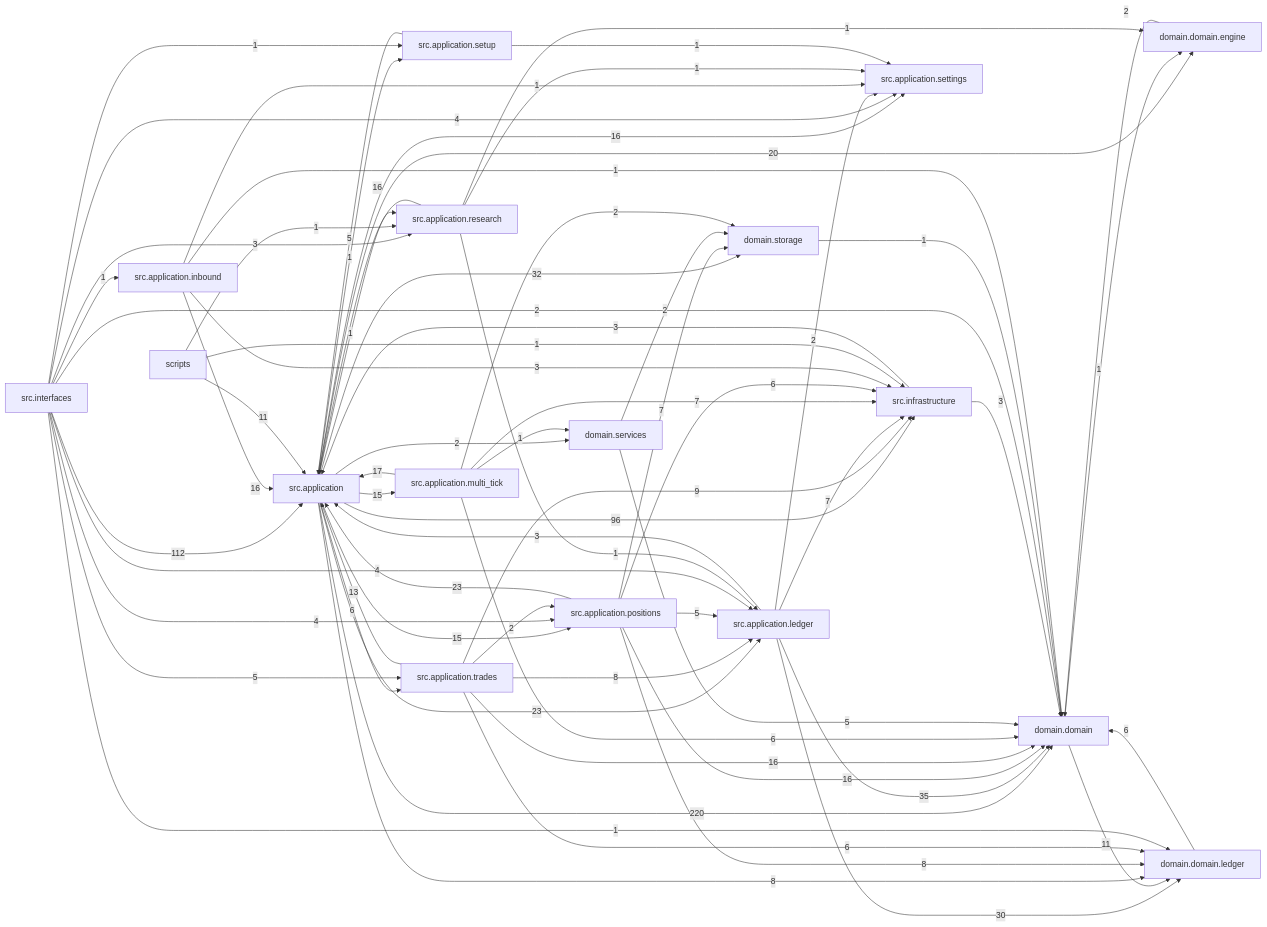
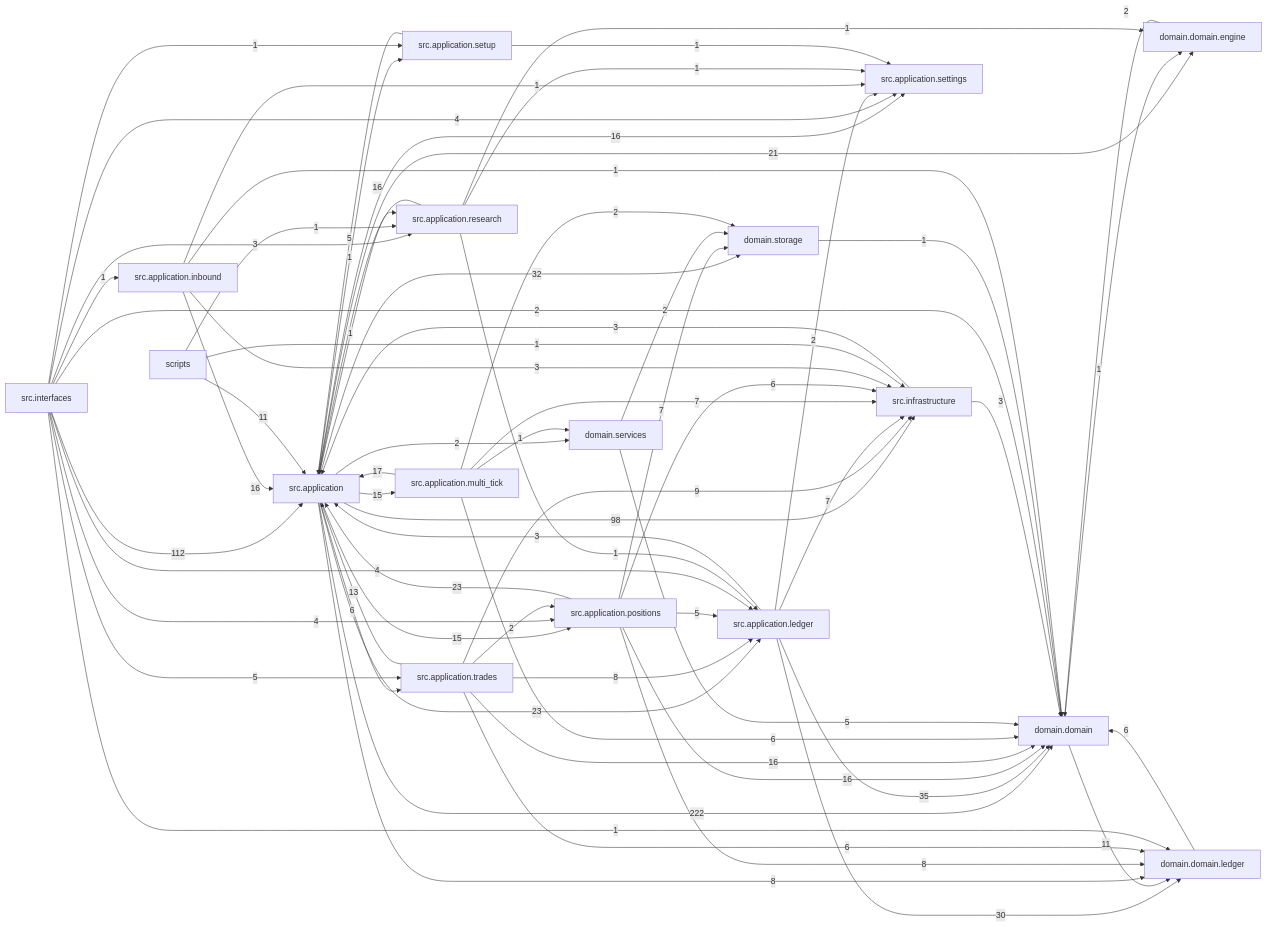
Before and after one commit to liuxie066/options-monitor: the diagram in docs/dependency_graph.mmd, drawn with Mermaid. The commit also changed 40 other files, not shown here.

```diff
--- a/docs/dependency_graph.mmd
+++ b/docs/dependency_graph.mmd
@@ -1,68 +1,68 @@
 flowchart LR
-  src_application["src.application"] -->|220| domain_domain["domain.domain"]
+  src_application["src.application"] -->|222| domain_domain["domain.domain"]
   src_interfaces["src.interfaces"] -->|112| src_application["src.application"]
-  src_application["src.application"] -->|96| src_infrastructure["src.infrastructure"]
+  src_application["src.application"] -->|98| src_infrastructure["src.infrastructure"]
   src_application_ledger["src.application.ledger"] -->|35| domain_domain["domain.domain"]
   src_application["src.application"] -->|32| domain_storage["domain.storage"]
   src_application_ledger["src.application.ledger"] -->|30| domain_domain_ledger["domain.domain.ledger"]
   src_application["src.application"] -->|23| src_application_ledger["src.application.ledger"]
   src_application_positions["src.application.positions"] -->|23| src_application["src.application"]
-  src_application["src.application"] -->|20| domain_domain_engine["domain.domain.engine"]
+  src_application["src.application"] -->|21| domain_domain_engine["domain.domain.engine"]
   src_application_multi_tick["src.application.multi_tick"] -->|17| src_application["src.application"]
   src_application["src.application"] -->|16| src_application_settings["src.application.settings"]
   src_application_inbound["src.application.inbound"] -->|16| src_application["src.application"]
   src_application_positions["src.application.positions"] -->|16| domain_domain["domain.domain"]
   src_application_research["src.application.research"] -->|16| src_application["src.application"]
   src_application_trades["src.application.trades"] -->|16| domain_domain["domain.domain"]
   src_application["src.application"] -->|15| src_application_multi_tick["src.application.multi_tick"]
   src_application["src.application"] -->|15| src_application_positions["src.application.positions"]
   src_application_trades["src.application.trades"] -->|13| src_application["src.application"]
   domain_domain["domain.domain"] -->|11| domain_domain_ledger["domain.domain.ledger"]
   scripts["scripts"] -->|11| src_application["src.application"]
   src_application_trades["src.application.trades"] -->|9| src_infrastructure["src.infrastructure"]
   src_application["src.application"] -->|8| domain_domain_ledger["domain.domain.ledger"]
   src_application_positions["src.application.positions"] -->|8| domain_domain_ledger["domain.domain.ledger"]
   src_application_trades["src.application.trades"] -->|8| src_application_ledger["src.application.ledger"]
   src_application_ledger["src.application.ledger"] -->|7| src_infrastructure["src.infrastructure"]
   src_application_multi_tick["src.application.multi_tick"] -->|7| src_infrastructure["src.infrastructure"]
   src_application_positions["src.application.positions"] -->|7| domain_storage["domain.storage"]
   domain_domain_ledger["domain.domain.ledger"] -->|6| domain_domain["domain.domain"]
   src_application["src.application"] -->|6| src_application_trades["src.application.trades"]
   src_application_multi_tick["src.application.multi_tick"] -->|6| domain_domain["domain.domain"]
   src_application_positions["src.application.positions"] -->|6| src_infrastructure["src.infrastructure"]
   src_application_trades["src.application.trades"] -->|6| domain_domain_ledger["domain.domain.ledger"]
   domain_services["domain.services"] -->|5| domain_domain["domain.domain"]
   src_application_positions["src.application.positions"] -->|5| src_application_ledger["src.application.ledger"]
   src_application_setup["src.application.setup"] -->|5| src_application["src.application"]
   src_interfaces["src.interfaces"] -->|5| src_application_trades["src.application.trades"]
   src_interfaces["src.interfaces"] -->|4| src_application_ledger["src.application.ledger"]
   src_interfaces["src.interfaces"] -->|4| src_application_positions["src.application.positions"]
   src_interfaces["src.interfaces"] -->|4| src_application_settings["src.application.settings"]
   src_application_inbound["src.application.inbound"] -->|3| src_infrastructure["src.infrastructure"]
   src_application_ledger["src.application.ledger"] -->|3| src_application["src.application"]
   src_infrastructure["src.infrastructure"] -->|3| domain_domain["domain.domain"]
   src_infrastructure["src.infrastructure"] -->|3| src_application["src.application"]
   src_interfaces["src.interfaces"] -->|3| src_application_research["src.application.research"]
   domain_domain_engine["domain.domain.engine"] -->|2| domain_domain["domain.domain"]
   domain_services["domain.services"] -->|2| domain_storage["domain.storage"]
   src_application["src.application"] -->|2| domain_services["domain.services"]
   src_application_ledger["src.application.ledger"] -->|2| src_application_settings["src.application.settings"]
   src_application_multi_tick["src.application.multi_tick"] -->|2| domain_storage["domain.storage"]
   src_application_trades["src.application.trades"] -->|2| src_application_positions["src.application.positions"]
   src_interfaces["src.interfaces"] -->|2| domain_domain["domain.domain"]
   domain_domain["domain.domain"] -->|1| domain_domain_engine["domain.domain.engine"]
   domain_storage["domain.storage"] -->|1| domain_domain["domain.domain"]
   scripts["scripts"] -->|1| src_application_research["src.application.research"]
   scripts["scripts"] -->|1| src_infrastructure["src.infrastructure"]
   src_application["src.application"] -->|1| src_application_research["src.application.research"]
   src_application["src.application"] -->|1| src_application_setup["src.application.setup"]
   src_application_inbound["src.application.inbound"] -->|1| domain_domain["domain.domain"]
   src_application_inbound["src.application.inbound"] -->|1| src_application_settings["src.application.settings"]
   src_application_multi_tick["src.application.multi_tick"] -->|1| domain_services["domain.services"]
   src_application_research["src.application.research"] -->|1| domain_domain_engine["domain.domain.engine"]
   src_application_research["src.application.research"] -->|1| src_application_ledger["src.application.ledger"]
   src_application_research["src.application.research"] -->|1| src_application_settings["src.application.settings"]
   src_application_setup["src.application.setup"] -->|1| src_application_settings["src.application.settings"]
   src_interfaces["src.interfaces"] -->|1| domain_domain_ledger["domain.domain.ledger"]
   src_interfaces["src.interfaces"] -->|1| src_application_inbound["src.application.inbound"]
   src_interfaces["src.interfaces"] -->|1| src_application_setup["src.application.setup"]
```
